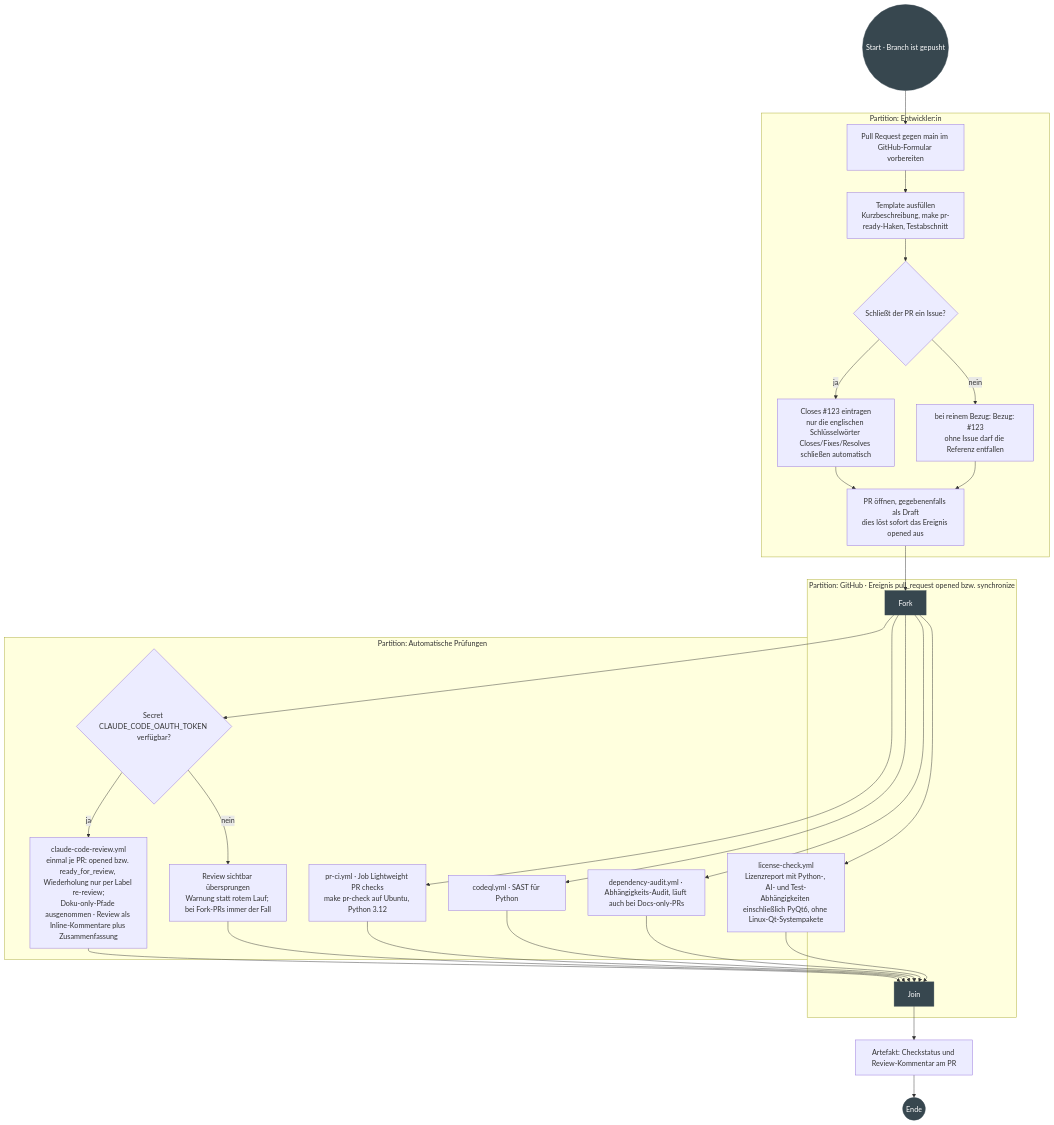
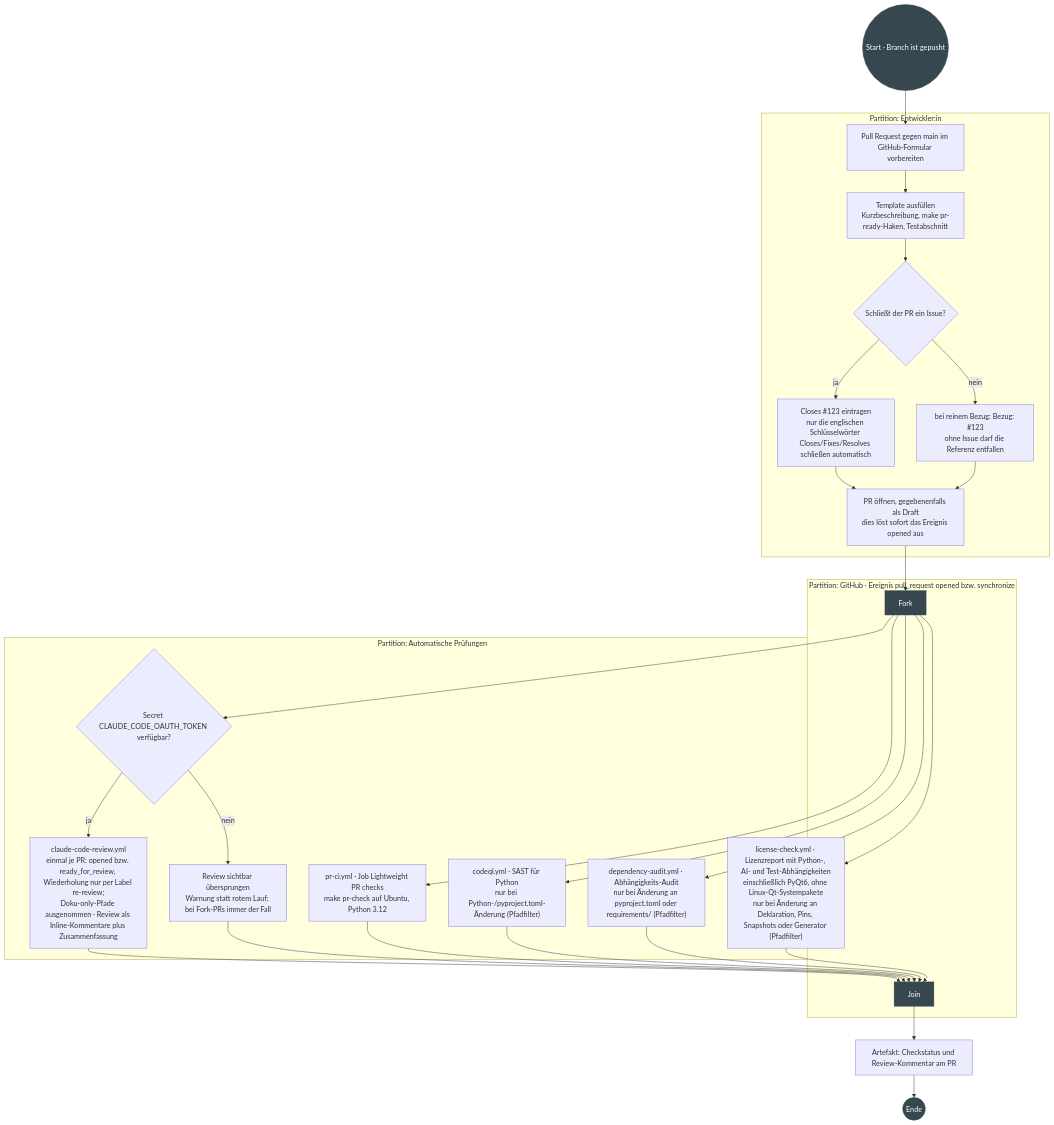
One commit to NikolayDA/picture_helper changed the second of 5 diagrams in docs/PROZESSE_UML.md. Above: the diagram before and after it, drawn with Mermaid. The commit also changed other lines of this file and 15 other files, not shown here.

Commit message:
ci/release: PR-Pfadfilter für die drei Prüf-Workflows (#1038) und Owner-Skript für die Release-Dispatches (#1039) (#1067)

````diff
--- a/docs/PROZESSE_UML.md
+++ b/docs/PROZESSE_UML.md
@@ -133,35 +133,35 @@
 ```mermaid
 flowchart TD
   START(("Start · Branch ist gepusht")):::terminal --> P1
   subgraph DEV["Partition: Entwickler:in"]
     P1["Pull Request gegen main im GitHub-Formular vorbereiten"]
     P2["Template ausfüllen<br/>Kurzbeschreibung, make pr-ready-Haken, Testabschnitt"]
     PQ{"Schließt der PR ein Issue?"}
     P3["Closes #123 eintragen<br/>nur die englischen Schlüsselwörter Closes/Fixes/Resolves schließen automatisch"]
     P4["bei reinem Bezug: Bezug: #123<br/>ohne Issue darf die Referenz entfallen"]
     P5["PR öffnen, gegebenenfalls als Draft<br/>dies löst sofort das Ereignis opened aus"]
   end
   subgraph GH["Partition: GitHub · Ereignis pull_request opened bzw. synchronize"]
     F1["Fork"]:::bar
     J1["Join"]:::bar
   end
   subgraph CI["Partition: Automatische Prüfungen"]
     C1["pr-ci.yml · Job Lightweight PR checks<br/>make pr-check auf Ubuntu, Python 3.12"]
-    C2["codeql.yml · SAST für Python"]
-    C3["dependency-audit.yml · Abhängigkeits-Audit, läuft auch bei Docs-only-PRs"]
-    C4["license-check.yml<br/>Lizenzreport mit Python-, AI- und Test-Abhängigkeiten einschließlich PyQt6, ohne Linux-Qt-Systempakete"]
+    C2["codeql.yml · SAST für Python<br/>nur bei Python-/pyproject.toml-Änderung (Pfadfilter)"]
+    C3["dependency-audit.yml · Abhängigkeits-Audit<br/>nur bei Änderung an pyproject.toml oder requirements/ (Pfadfilter)"]
+    C4["license-check.yml · Lizenzreport mit Python-, AI- und Test-Abhängigkeiten<br/>einschließlich PyQt6, ohne Linux-Qt-Systempakete<br/>nur bei Änderung an Deklaration, Pins, Snapshots oder Generator (Pfadfilter)"]
     CQ{"Secret CLAUDE_CODE_OAUTH_TOKEN verfügbar?"}
     C5["claude-code-review.yml<br/>einmal je PR: opened bzw. ready_for_review, Wiederholung nur per Label re-review;<br/>Doku-only-Pfade ausgenommen · Review als Inline-Kommentare plus Zusammenfassung"]
     C6["Review sichtbar übersprungen<br/>Warnung statt rotem Lauf; bei Fork-PRs immer der Fall"]
   end
   P1 --> P2 --> PQ
   PQ -->|"ja"| P3 --> P5
   PQ -->|"nein"| P4 --> P5
   P5 --> F1 --> C1 & C2 & C3 & C4 & CQ
   CQ -->|"ja"| C5 --> J1
   CQ -->|"nein"| C6 --> J1
   C1 & C2 & C3 & C4 --> J1
   J1 --> S1["Artefakt: Checkstatus und Review-Kommentar am PR"] --> ENDE(("Ende")):::terminal
   classDef terminal fill:#37474f,stroke:#37474f,color:#ffffff;
   classDef bar fill:#37474f,stroke:#37474f,color:#ffffff;
 ```
````
